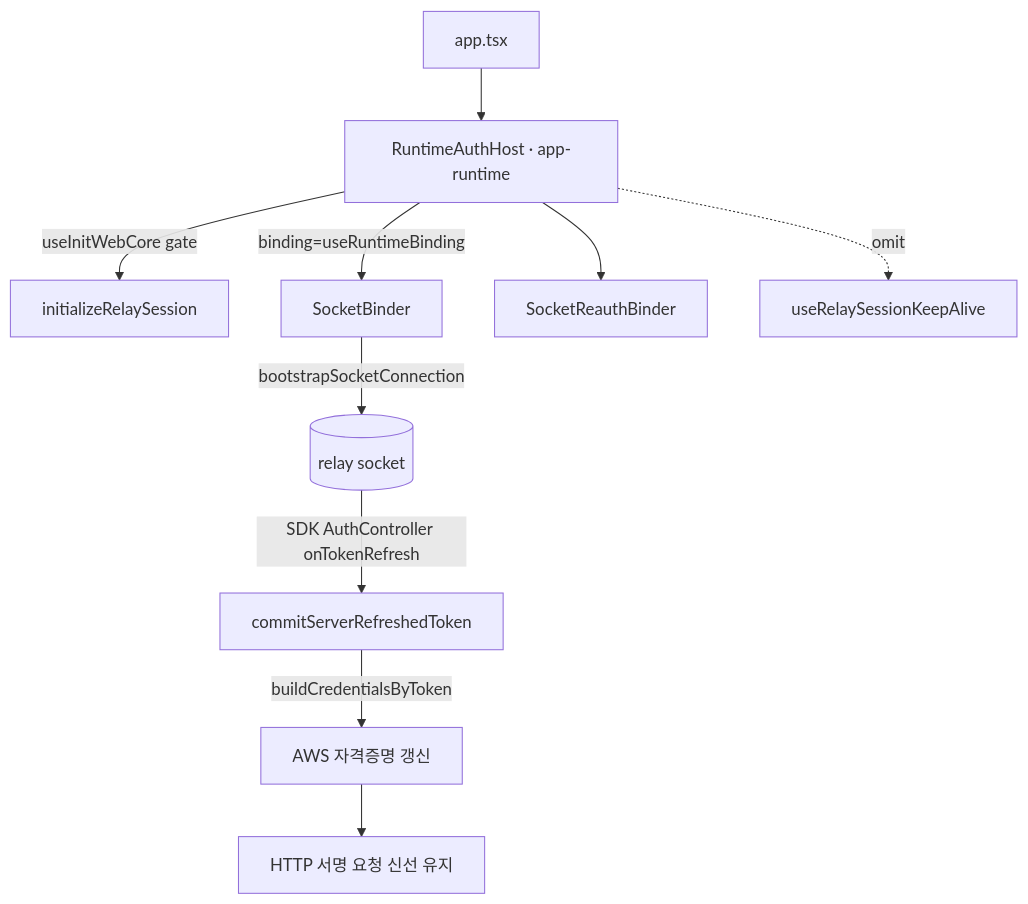
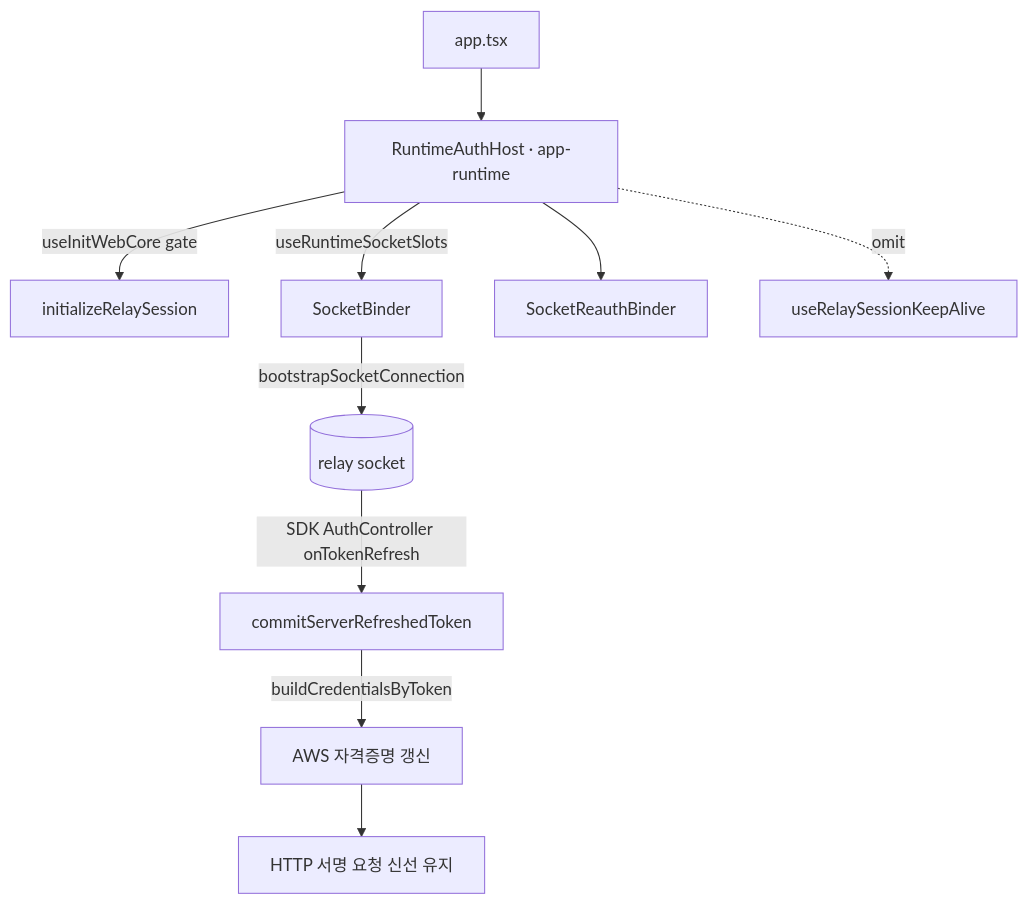
Before and after one commit to lemoncloud-io/dou-app: the second of 2 diagrams in apps/admin-v2/docs/specs/auth-session/spec.md, drawn with Mermaid. The commit also changed other lines of this file and 72 other files, not shown here.

````diff
--- a/apps/admin-v2/docs/specs/auth-session/spec.md
+++ b/apps/admin-v2/docs/specs/auth-session/spec.md
@@ -75,12 +75,12 @@
 ```mermaid
 flowchart TD
     App[app.tsx] --> Host[RuntimeAuthHost · app-runtime]
     Host -->|useInitWebCore gate| Init[initializeRelaySession]
-    Host -->|binding=useRuntimeBinding| SB[SocketBinder]
+    Host -->|useRuntimeSocketSlots| SB[SocketBinder]
     Host --> SRB[SocketReauthBinder]
     Host -.->|omit| KA[useRelaySessionKeepAlive]
     SB -->|bootstrapSocketConnection| Sock[(relay socket)]
     Sock -->|SDK AuthController onTokenRefresh| Commit[commitServerRefreshedToken]
     Commit -->|buildCredentialsByToken| Creds[AWS 자격증명 갱신]
     Creds --> HTTP[HTTP 서명 요청 신선 유지]
 ```
````
